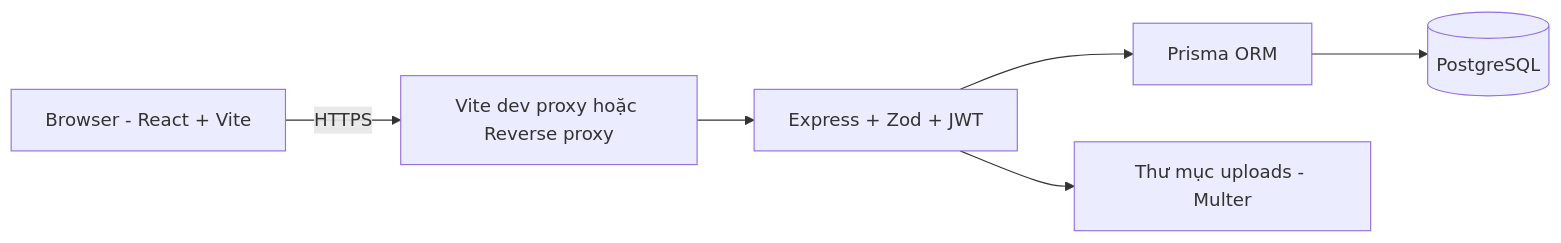
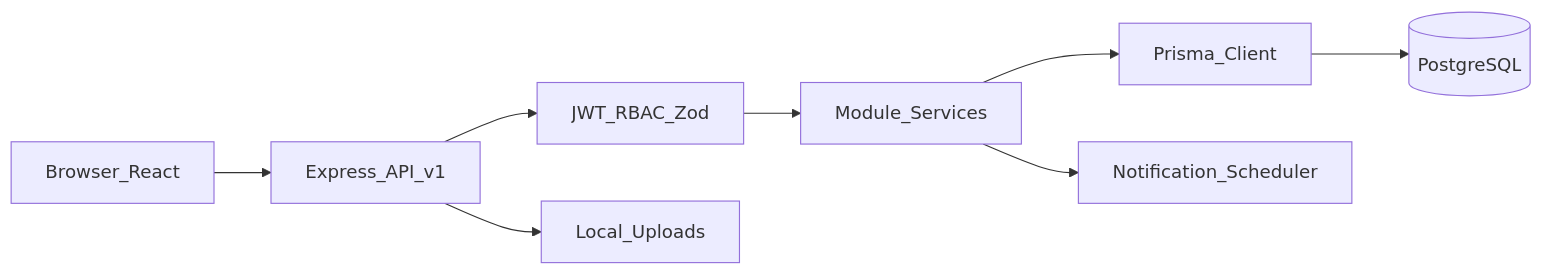
Before and after one commit to tuanna-maker/asms: the first of 2 diagrams in docs/SRS-ASMS.md, drawn with Mermaid. The commit also changed other lines of this file and 75 other files, not shown here.

````diff
--- a/docs/SRS-ASMS.md
+++ b/docs/SRS-ASMS.md
@@ -91,8 +72,10 @@
 ```mermaid
 flowchart LR
-  Browser[Browser - React + Vite] -->|HTTPS| Proxy[Vite dev proxy hoặc Reverse proxy]
-  Proxy --> API[Express + Zod + JWT]
-  API --> Prisma[Prisma ORM]
-  Prisma --> DB[(PostgreSQL)]
-  API --> Static[Thư mục uploads - Multer]
+  browser[Browser_React] --> apiGateway[Express_API_v1]
+  apiGateway --> authLayer[JWT_RBAC_Zod]
+  authLayer --> services[Module_Services]
+  services --> prisma[Prisma_Client]
+  prisma --> pg[(PostgreSQL)]
+  apiGateway --> uploads[Local_Uploads]
+  services --> scheduler[Notification_Scheduler]
 ```
````
